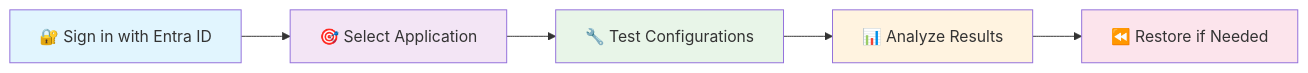
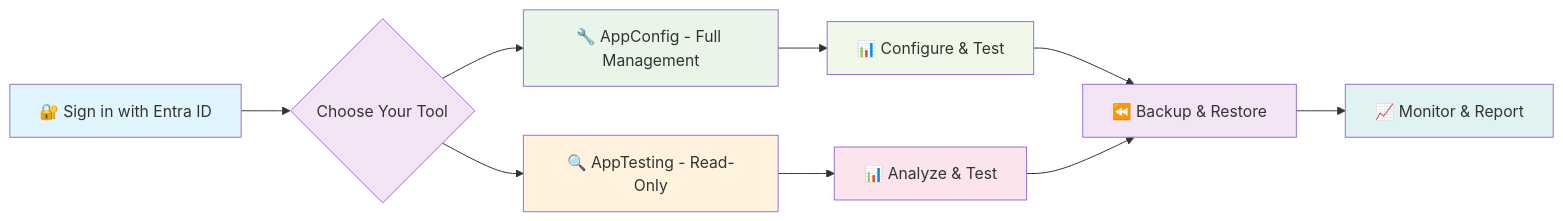
The diagram in README.md (AppConfig-Org/AppConfig-Squared), drawn with Mermaid before and after one commit. The commit also changed other lines of this file and 2 other files, not shown here.

````diff
--- a/README.md
+++ b/README.md
@@ -126,13 +114,20 @@
 ```mermaid
 graph LR
-    A[🔐 Sign in with Entra ID] --> B[🎯 Select Application]
-    B --> C[🔧 Test Configurations]
-    C --> D[📊 Analyze Results]
-    D --> E[⏪ Restore if Needed]
+    A[🔐 Sign in with Entra ID] --> B{Choose Your Tool}
+    B --> C[🔧 AppConfig - Full Management]
+    B --> D[🔍 AppTesting - Read-Only]
+    C --> E[📊 Configure & Test]
+    D --> F[📊 Analyze & Test]
+    E --> G[⏪ Backup & Restore]
+    F --> G
+    G --> H[📈 Monitor & Report]
     
     style A fill:#e1f5fe
     style B fill:#f3e5f5
     style C fill:#e8f5e8
     style D fill:#fff3e0
-    style E fill:#fce4ec
+    style E fill:#f1f8e9
+    style F fill:#fce4ec
+    style G fill:#f3e5f5
+    style H fill:#e0f2f1
 ```
````
